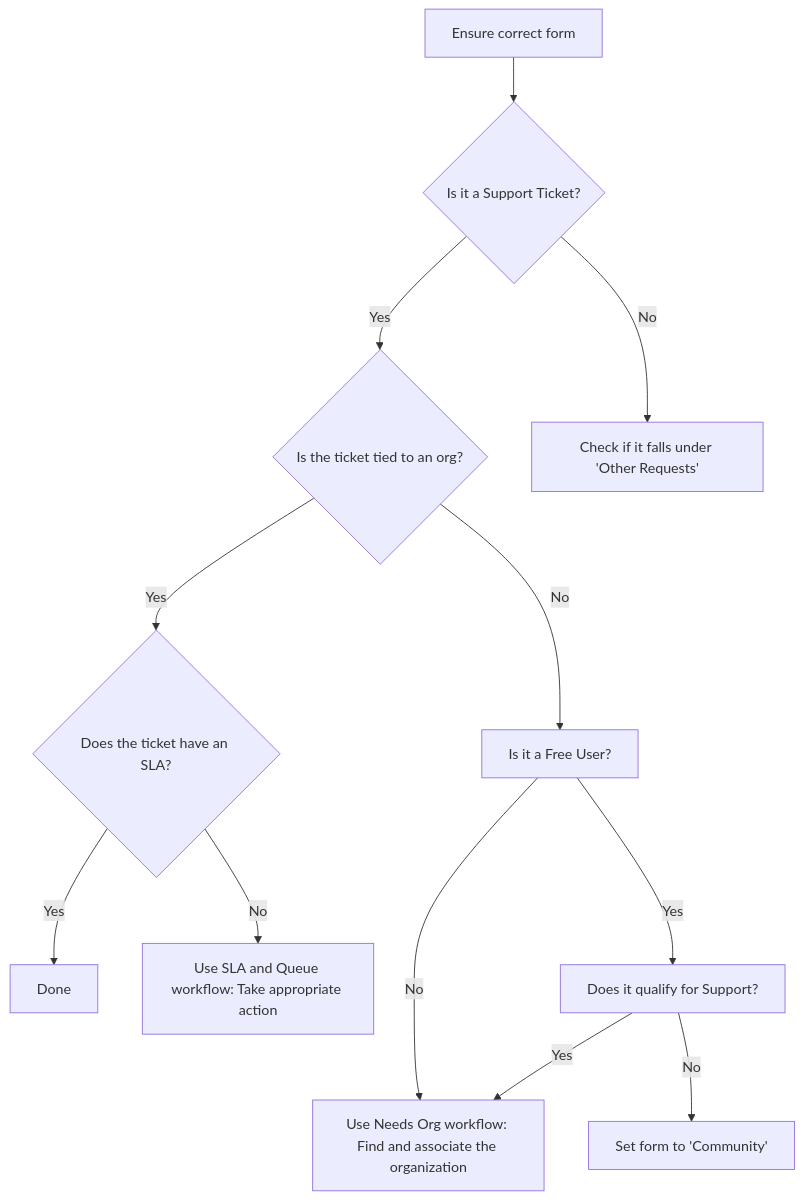
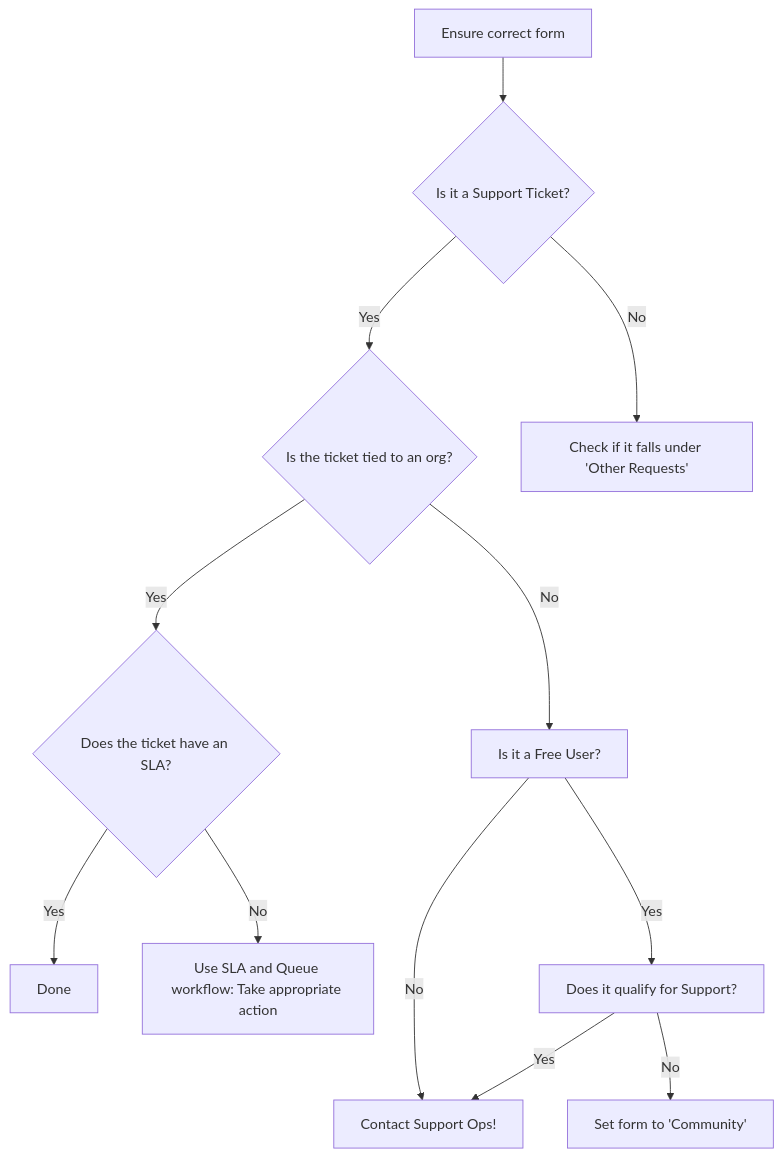
One commit to secretstartups/handbook changed the diagram in support/workflows/ticket_triage.html.md. Above: the diagram before and after it, drawn with Mermaid. The commit also changed other lines of this file and 1 other file, not shown here.

Commit message:
Removing page as no longer needed

````diff
--- a/support/workflows/ticket_triage.html.md
+++ b/support/workflows/ticket_triage.html.md
@@ -22,14 +22,14 @@
 ```mermaid
 graph TD
     G[Ensure correct form] --> A{Is it a Support Ticket?}
     A -->|Yes| B{Is the ticket tied to an org?}
     A -->|No| H[Check if it falls under 'Other Requests']
     B -->|Yes| D{Does the ticket have an SLA?}
     B -->|No| J[Is it a Free User?]
     D -->|Yes| C[Done]
     D -->|No| F[Use SLA and Queue workflow: Take appropriate action]
-    J --> |No| E[Use Needs Org workflow: Find and associate the organization]
+    J --> |No| E[Contact Support Ops!]
     J --> |Yes| I[Does it qualify for Support?]
     I --> |No| K[Set form to 'Community']
     I --> |Yes| E
 ```
````
